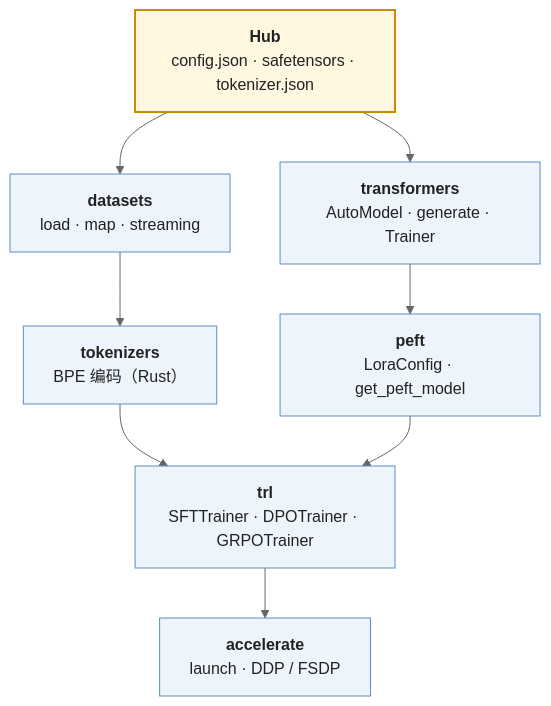
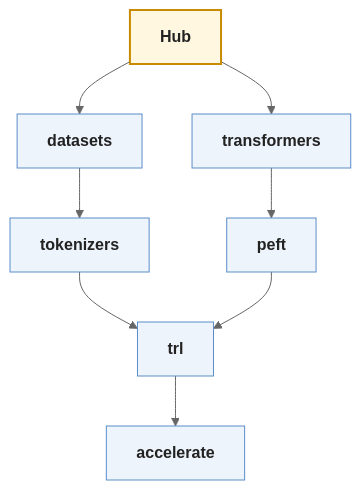
Before and after one commit to arganzheng/arganzheng.github.com: the fourth of 4 diagrams in slides/2026-01-22-algorithm-tooling.md, drawn with Mermaid (neutral theme). The commit also changed other lines of this file, not shown here.

Commit message:
slides(2026-01-22-algorithm-tooling): 图内文字 ≥14px——标签缩短/拆分/Unicode 数学

````diff
--- a/slides/2026-01-22-algorithm-tooling.md
+++ b/slides/2026-01-22-algorithm-tooling.md
@@ -226,26 +227,19 @@
 ```mermaid
 %%{init: {"flowchart": {"wrappingWidth": 200}}}%%
 flowchart TB
-    HUB["`**Hub**
-config.json · safetensors · tokenizer.json`"]
-    DS["`**datasets**
-load · map · streaming`"]
-    TOK["`**tokenizers**
-BPE 编码（Rust）`"]
-    TF["`**transformers**
-AutoModel · generate · Trainer`"]
-    PEFT["`**peft**
-LoraConfig · get_peft_model`"]
-    TRL["`**trl**
-SFTTrainer · DPOTrainer · GRPOTrainer`"]
-    ACC["`**accelerate**
-launch · DDP / FSDP`"]
+    HUB["`**Hub**`"]
+    DS["`**datasets**`"]
+    TOK["`**tokenizers**`"]
+    TF["`**transformers**`"]
+    PEFT["`**peft**`"]
+    TRL["`**trl**`"]
+    ACC["`**accelerate**`"]
     HUB --> DS & TF
     DS --> TOK --> TRL
     TF --> PEFT --> TRL
     TRL --> ACC
     classDef lib fill:#eef4fb,stroke:#5b8dc9,color:#222
     classDef hub fill:#fff7e0,stroke:#c98a00,stroke-width:2px,color:#222
     class DS,TOK,TF,PEFT,TRL,ACC lib
     class HUB hub
 ```
````
